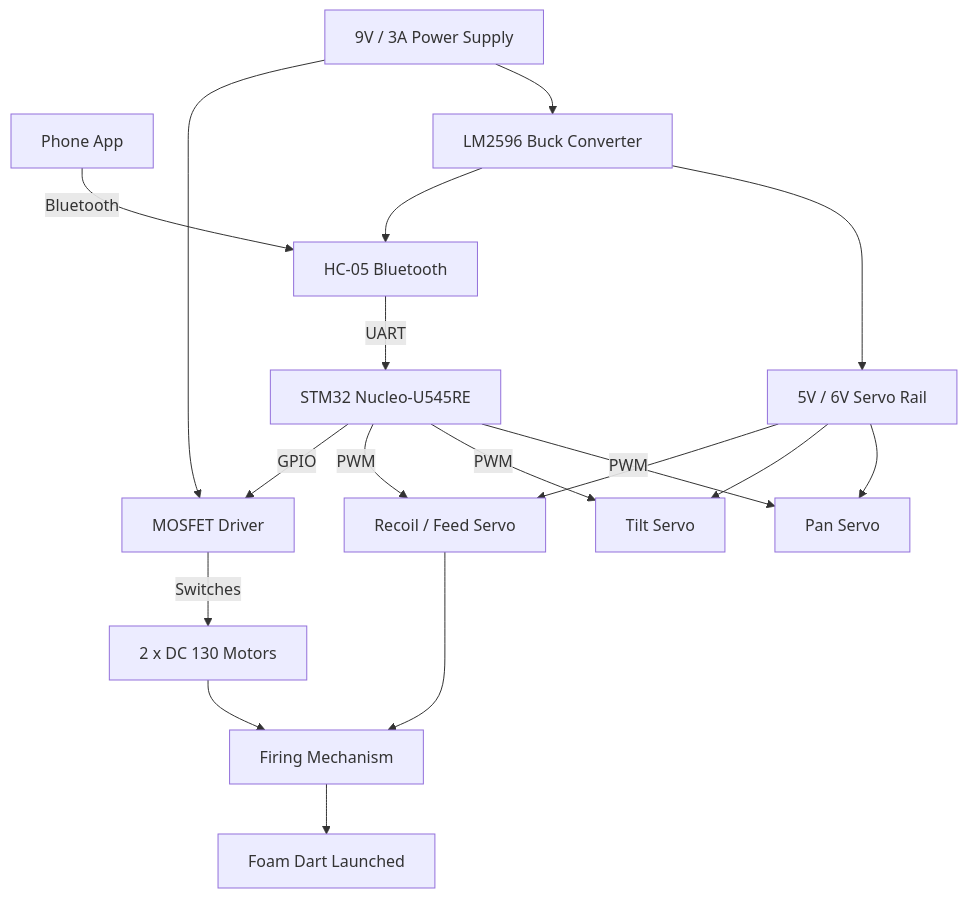
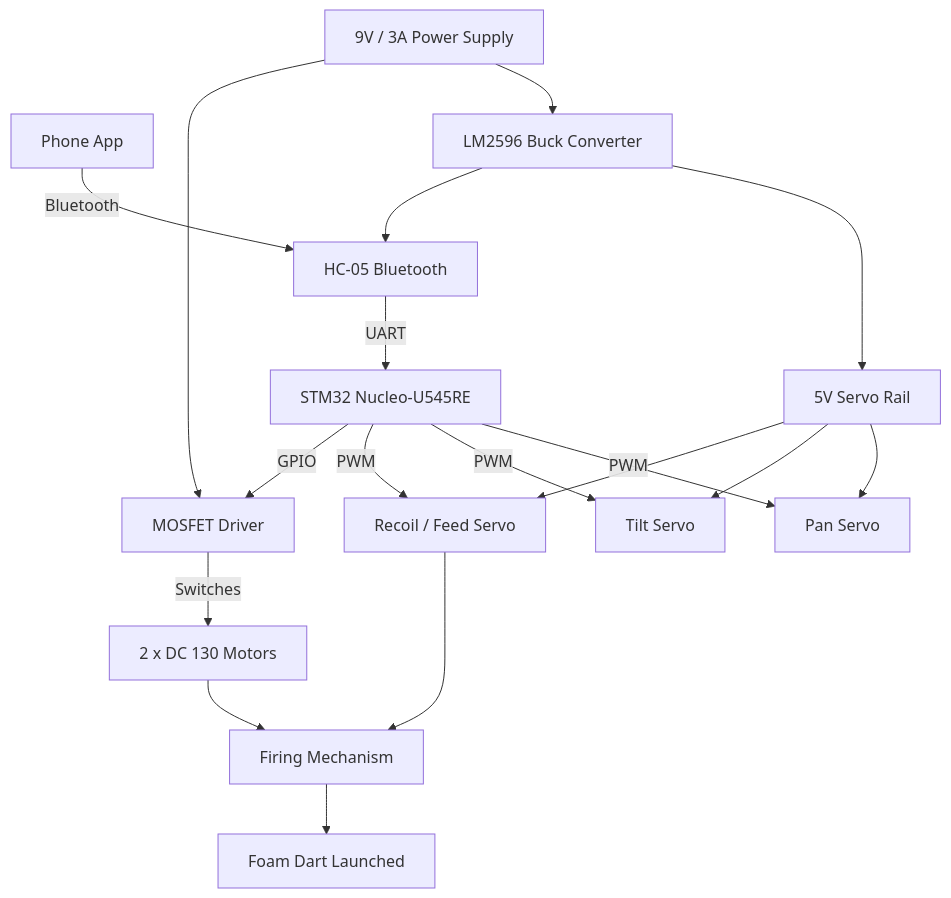
One commit to UPB-PMRust/website changed the diagram in website/versioned_docs/version-acs_cc/project/2026/robert.petcu0204/index.md. Above: the diagram before and after it, drawn with Mermaid. The commit also changed other lines of this file and 1 other file, not shown here.

Commit message:
Add schematic and update logs

````diff
--- a/website/versioned_docs/version-acs_cc/project/2026/robert.petcu0204/index.md
+++ b/website/versioned_docs/version-acs_cc/project/2026/robert.petcu0204/index.md
@@ -28,43 +28,43 @@
 ```mermaid
 flowchart TB
 
     Phone[Phone App]
     HC05[HC-05 Bluetooth]
     STM32[STM32 Nucleo-U545RE]
 
     ServoPan[Pan Servo]
     ServoTilt[Tilt Servo]
     ServoFeed[Recoil / Feed Servo]
 
     MOSFET[MOSFET Driver]
     Motors[2 x DC 130 Motors]
 
     Firing[Firing Mechanism]
     Dart[Foam Dart Launched]
 
     Power[9V / 3A Power Supply]
     Buck[LM2596 Buck Converter]
-    Rail[5V / 6V Servo Rail]
+    Rail[5V Servo Rail]
 
     Phone -->|Bluetooth| HC05
     HC05 -->|UART| STM32
 
     STM32 -->|PWM| ServoPan
     STM32 -->|PWM| ServoTilt
     STM32 -->|PWM| ServoFeed
     STM32 -->|GPIO| MOSFET
 
     MOSFET -->|Switches| Motors
 
     ServoFeed --> Firing
     Motors --> Firing
     Firing --> Dart
 
     Power --> Buck
     Buck --> Rail
     Rail --> ServoPan
     Rail --> ServoTilt
     Rail --> ServoFeed
     Buck --> HC05
     Power --> MOSFET
 ```
````
